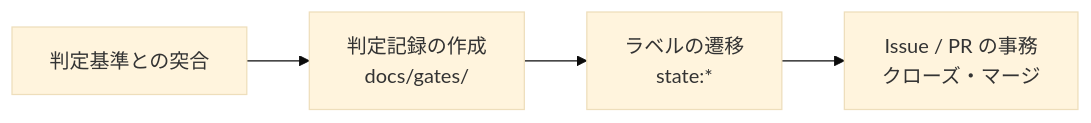
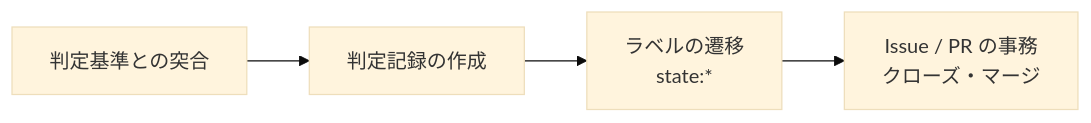
Before and after one commit to Takenori-Kusaka/process-compass: the diagram in src/content/docs/phase5-implementation/label-mailbox.md, drawn with Mermaid (base theme). The commit also changed other lines of this file and 28 other files, not shown here.

````diff
--- a/src/content/docs/phase5-implementation/label-mailbox.md
+++ b/src/content/docs/phase5-implementation/label-mailbox.md
@@ -223,6 +223,6 @@
 ```mermaid
 graph LR
-  A["判定基準との突合"] --> B["判定記録の作成<br>docs/gates/"]
+  A["判定基準との突合"] --> B["判定記録の作成"]
   B --> C["ラベルの遷移<br>state:*"]
   C --> D["Issue / PR の事務<br>クローズ・マージ"]
 ```
````
